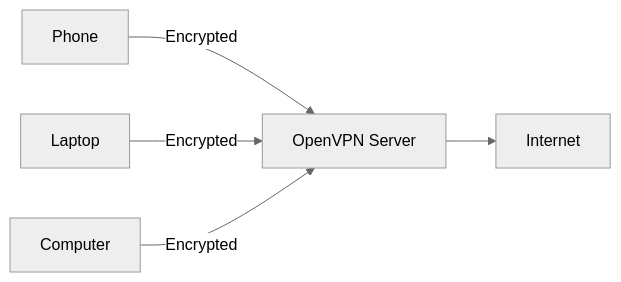
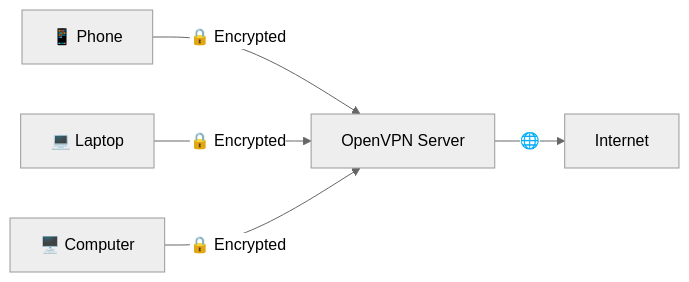
The diagram in README.md (angristan/openvpn-install), drawn with Mermaid (neutral theme) before and after one commit. The commit also changed other lines of this file, not shown here.

````diff
--- a/README.md
+++ b/README.md
@@ -21,10 +19,7 @@
 ```mermaid
 graph LR
-  A[Phone] -->|Encrypted| VPN
-  B[Laptop] -->|Encrypted| VPN
-  C[Computer] -->|Encrypted| VPN
-
-  VPN[OpenVPN Server]
-
-  VPN --> I[Internet]
+  A[📱 Phone] -->|🔒 Encrypted| VPN
+  B[💻 Laptop] -->|🔒 Encrypted| VPN
+  C[🖥️ Computer] -->|🔒 Encrypted| VPN
+  VPN[OpenVPN Server] -->|🌐| I[Internet]
 ```
````
